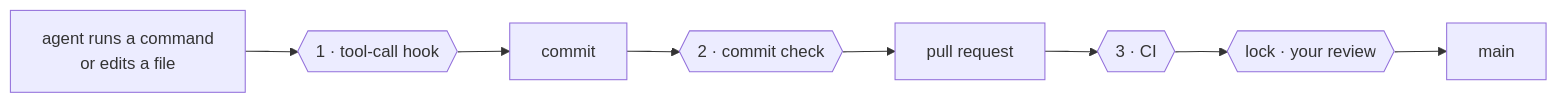
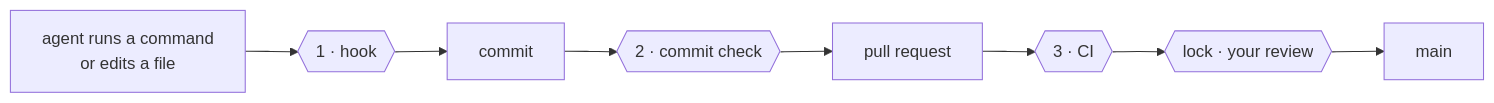
One commit to coo1white/yokoten changed the diagram in README.md. Above: the diagram before and after it, drawn with Mermaid. The commit also changed other lines of this file and 3 other files, not shown here.

````diff
--- a/README.md
+++ b/README.md
@@ -47,7 +45,7 @@
 ```mermaid
 flowchart LR
-  A["agent runs a command<br/>or edits a file"] --> H{{"1 · tool-call hook"}}
+  A["agent runs a command<br/>or edits a file"] --> H{{"1 · hook"}}
   H --> C["commit"] --> K{{"2 · commit check"}}
   K --> P["pull request"] --> I{{"3 · CI"}}
   I --> R{{"lock · your review"}} --> M["main"]
 ```
````
